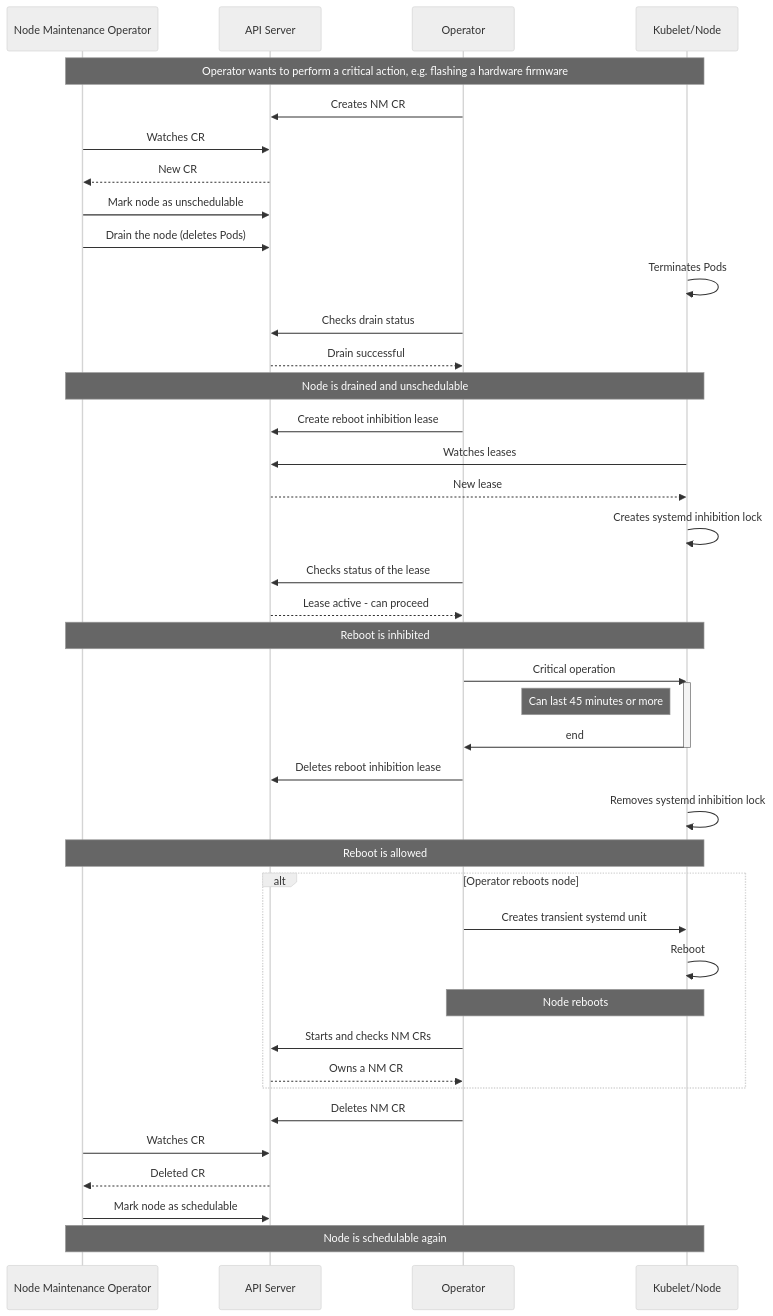
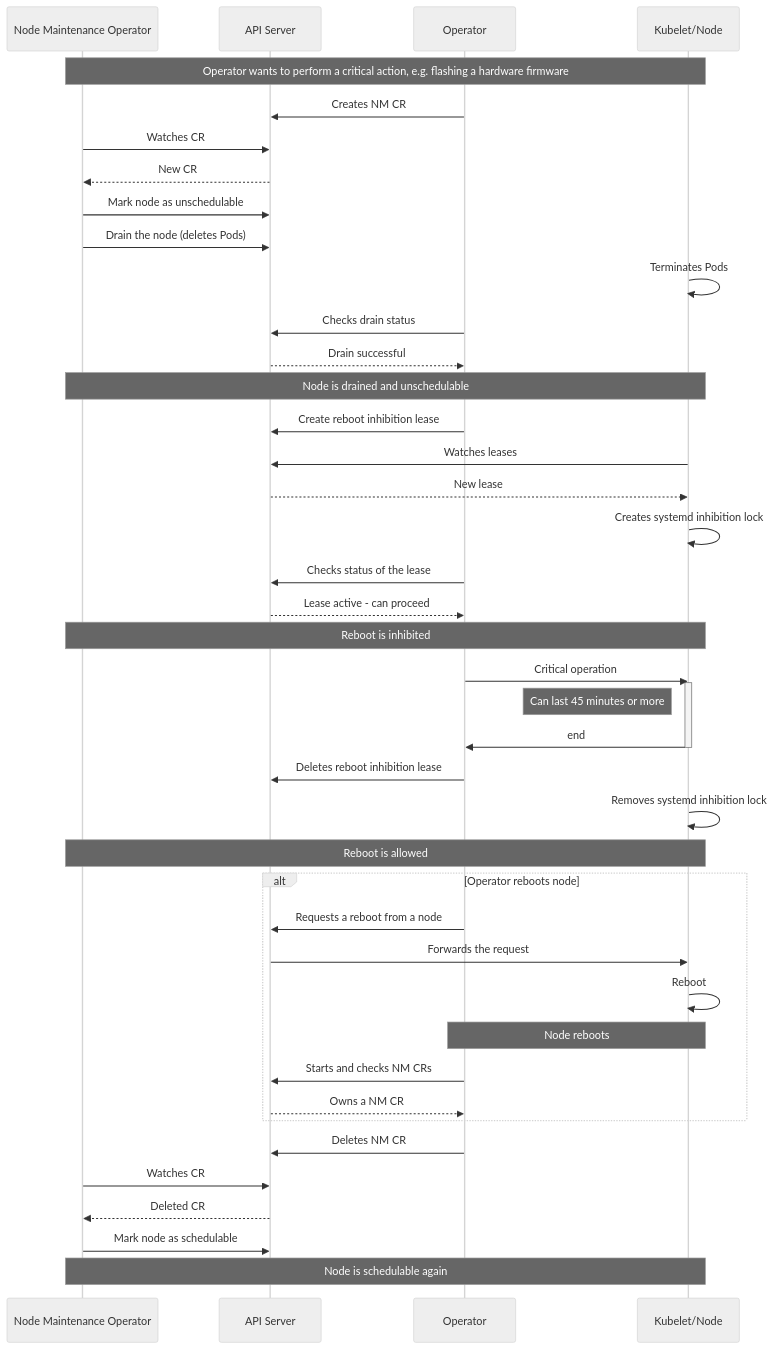
One commit to pmtk/nmo-usage changed the diagram in SequenceDiagram.md. Above: the diagram before and after it, drawn with Mermaid (neutral theme).

Commit message:
SeqDiag: Kubelet reboot API instead of systemd unit

````diff
--- a/SequenceDiagram.md
+++ b/SequenceDiagram.md
@@ -1,61 +1,62 @@
 ```mermaid
 sequenceDiagram
 
 participant NMO as Node Maintenance Operator
 participant API as API Server
 participant Operator
 participant node as Kubelet/Node
 
 note over NMO,node: Operator wants to perform a critical action, e.g. flashing a hardware firmware
 
 Operator ->> API: Creates NM CR
 NMO ->> API: Watches CR
 API -->> NMO: New CR
 NMO ->> API: Mark node as unschedulable
 NMO ->> API: Drain the node (deletes Pods)
 node ->> node: Terminates Pods
 Operator ->> API: Checks drain status
 API -->> Operator: Drain successful
 
 
 note over NMO,node: Node is drained and unschedulable
 
 Operator ->> API: Create reboot inhibition lease
 node ->> API: Watches leases
 API -->> node: New lease
 node ->> node: Creates systemd inhibition lock
 Operator ->> API: Checks status of the lease
 API -->> Operator: Lease active - can proceed
 
 
 note over NMO,node: Reboot is inhibited
 
 Operator ->> node: Critical operation
 activate node
 note left of node: Can last 45 minutes or more
 node ->> Operator: end
 deactivate node
 
 Operator ->> API: Deletes reboot inhibition lease
 node ->> node: Removes systemd inhibition lock
 
 
 note over NMO,node: Reboot is allowed
 
 alt Operator reboots node
-  Operator ->> node: Creates transient systemd unit
+  Operator ->> API: Requests a reboot from a node
+  API ->> node: Forwards the request
   node ->> node: Reboot
   note over Operator, node: Node reboots
   Operator ->> API: Starts and checks NM CRs
   API -->> Operator: Owns a NM CR
 end
 
 Operator ->> API: Deletes NM CR
 NMO ->> API: Watches CR
 API -->> NMO: Deleted CR
 NMO ->> API: Mark node as schedulable
 
 
 note over NMO,node: Node is schedulable again
 
 ```
````
